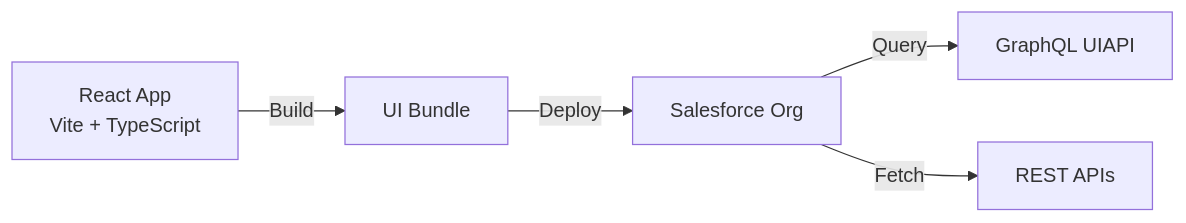
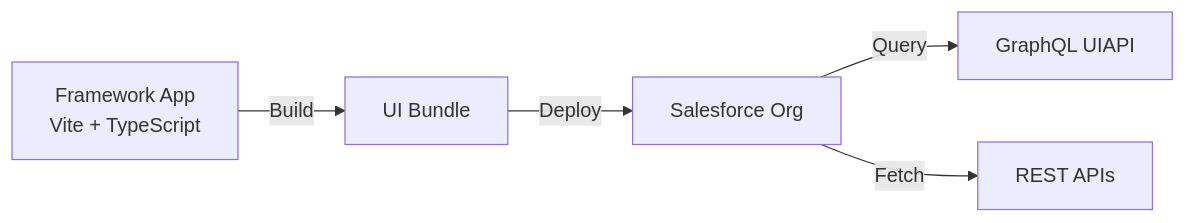
One commit to trailheadapps/multiframework-recipes changed the first of 2 diagrams in README.md. Above: the diagram before and after it, drawn with Mermaid. The commit also changed other lines of this file and 58 other files, not shown here.

````diff
--- a/README.md
+++ b/README.md
@@ -18,7 +29,7 @@
 ```mermaid
 graph LR
-    A[React App<br/>Vite + TypeScript] -->|Build| B[UI Bundle]
+    A[Framework App<br/>Vite + TypeScript] -->|Build| B[UI Bundle]
     B -->|Deploy| C[Salesforce Org]
     C -->|Query| D[GraphQL UIAPI]
     C -->|Fetch| E[REST APIs]
 ```
````
